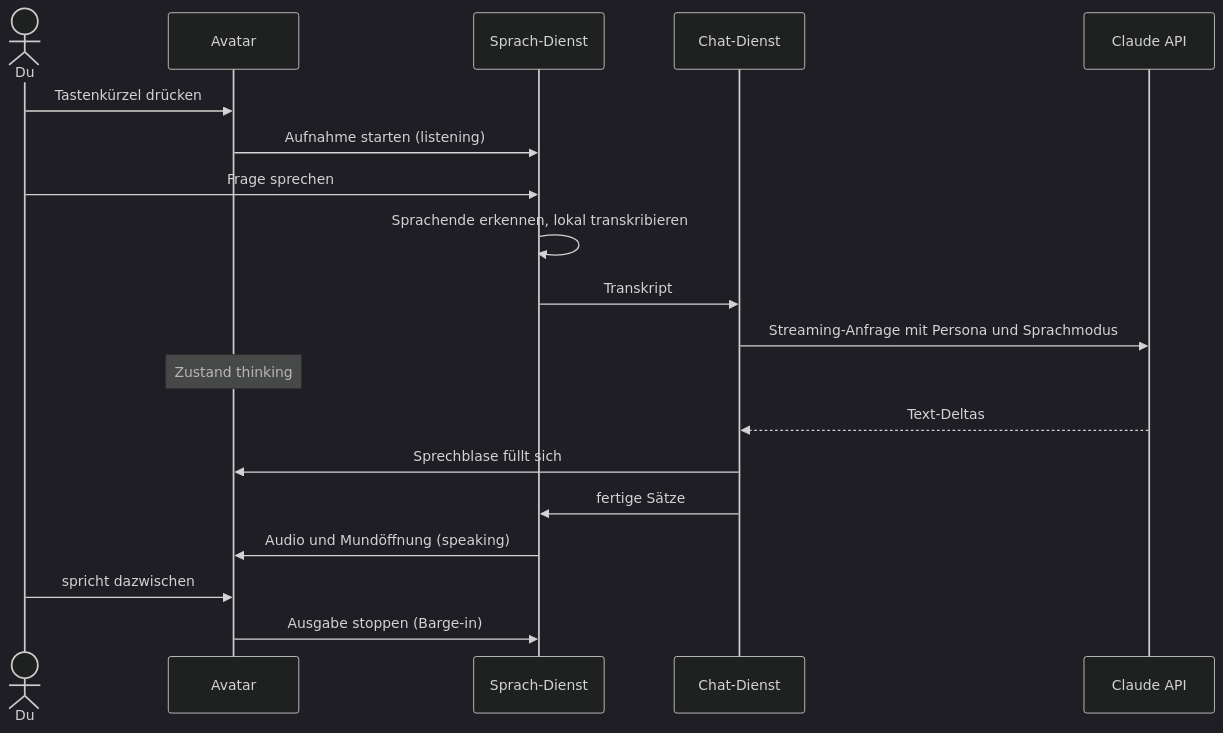
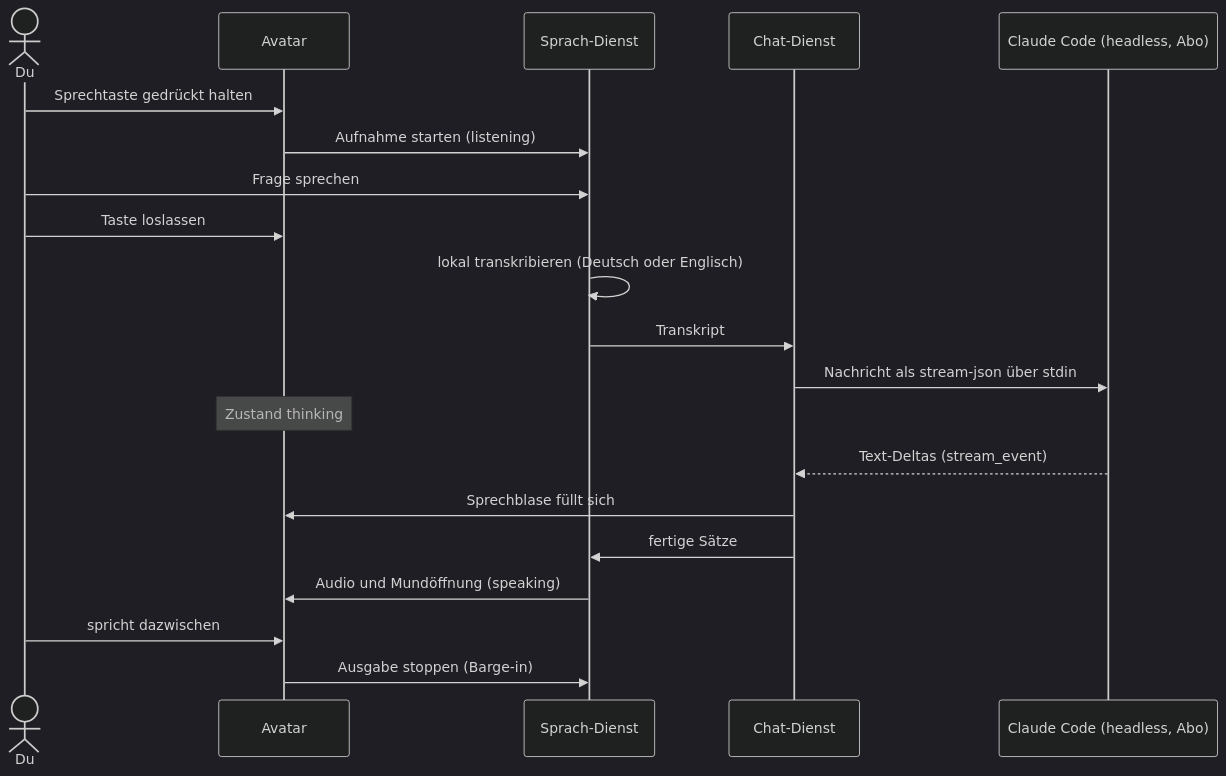
Before and after one commit to AyGeeI/claude-desktop-avatar: the third of 4 diagrams in docs/PLAN.md, drawn with Mermaid (dark theme). The commit also changed other lines of this file and 4 other files, not shown here.

````diff
--- a/docs/PLAN.md
+++ b/docs/PLAN.md
@@ -216,22 +225,23 @@
 ```mermaid
 sequenceDiagram
     actor Du
     participant A as Avatar
     participant S as Sprach-Dienst
     participant C as Chat-Dienst
-    participant K as Claude API
+    participant K as Claude Code (headless, Abo)
 
-    Du->>A: Tastenkürzel drücken
+    Du->>A: Sprechtaste gedrückt halten
     A->>S: Aufnahme starten (listening)
     Du->>S: Frage sprechen
-    S->>S: Sprachende erkennen, lokal transkribieren
+    Du->>A: Taste loslassen
+    S->>S: lokal transkribieren (Deutsch oder Englisch)
     S->>C: Transkript
-    C->>K: Streaming-Anfrage mit Persona und Sprachmodus
+    C->>K: Nachricht als stream-json über stdin
     Note over A: Zustand thinking
-    K-->>C: Text-Deltas
+    K-->>C: Text-Deltas (stream_event)
     C->>A: Sprechblase füllt sich
     C->>S: fertige Sätze
     S->>A: Audio und Mundöffnung (speaking)
     Du->>A: spricht dazwischen
     A->>S: Ausgabe stoppen (Barge-in)
 ```
````
